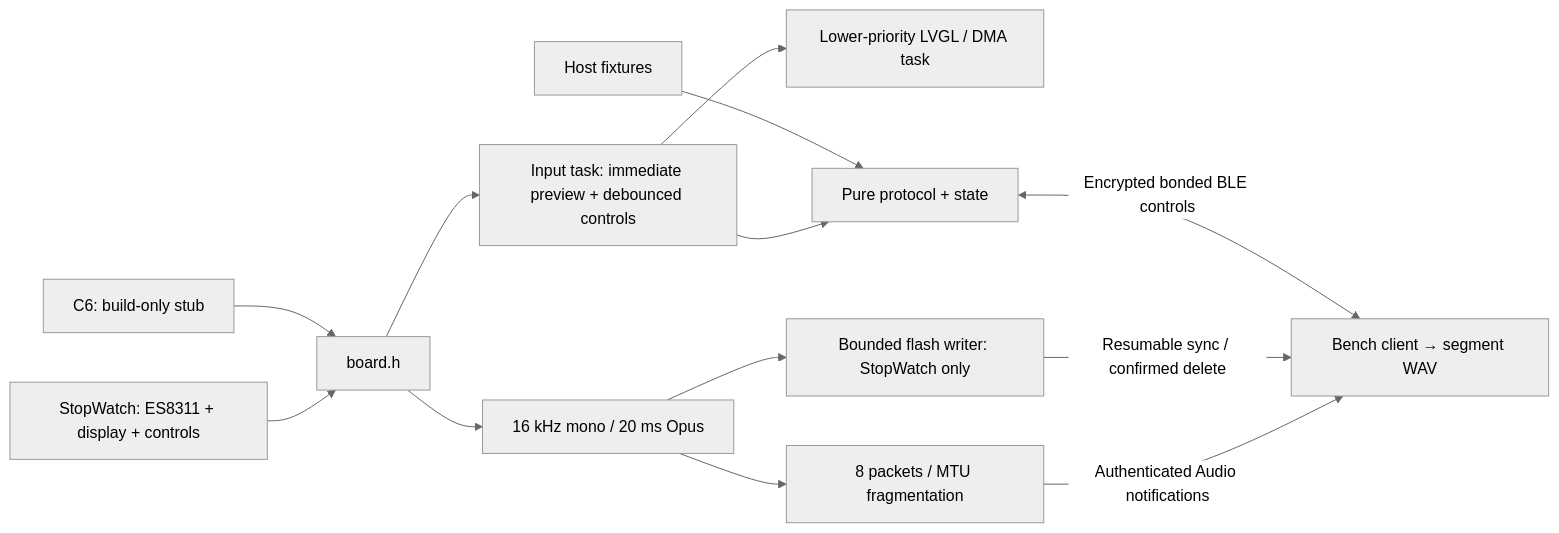
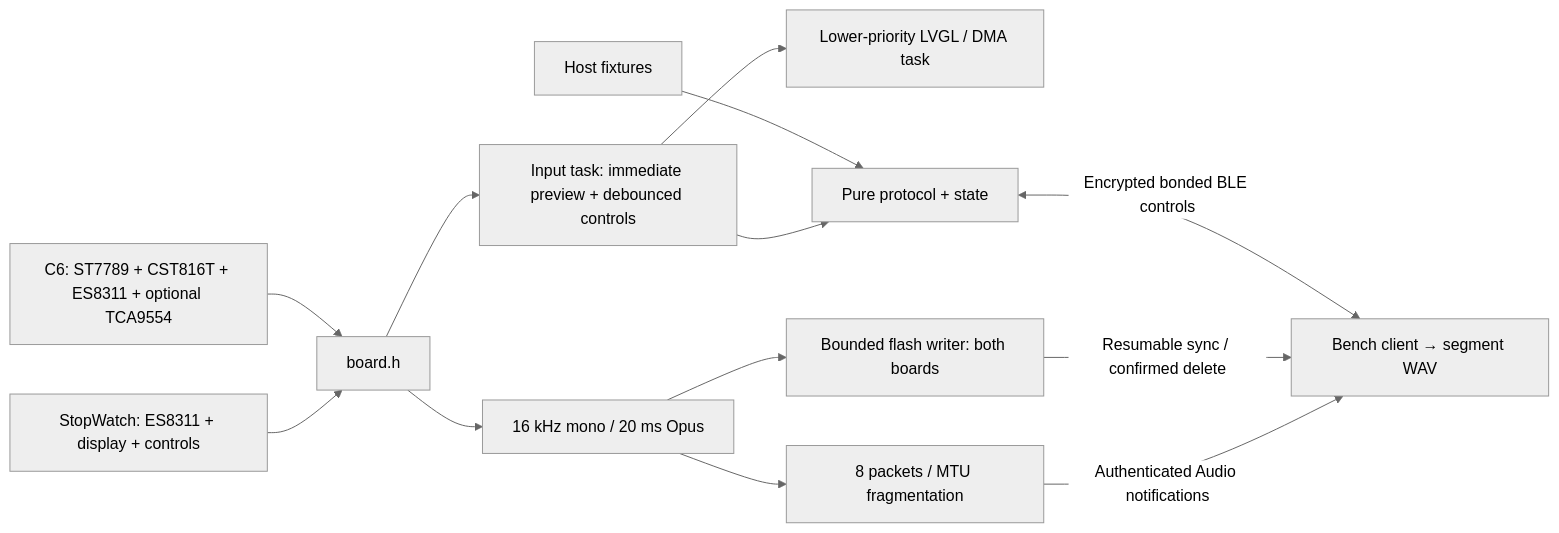
One commit to Harwasch/voiceremote changed the diagram in FW/README.md. Above: the diagram before and after it, drawn with Mermaid (neutral theme). The commit also changed other lines of this file and 40 other files, not shown here.

````diff
--- a/FW/README.md
+++ b/FW/README.md
@@ -3,15 +3,15 @@
 ```mermaid
 flowchart LR
     M5[StopWatch: ES8311 + display + controls] --> Board[board.h]
-    C6[C6: build-only stub] --> Board
+    C6[C6: ST7789 + CST816T + ES8311 + optional TCA9554] --> Board
     Board --> UI[Input task: immediate preview + debounced controls]
     UI --> Render[Lower-priority LVGL / DMA task]
     UI --> State[Pure protocol + state]
     Board --> Encoder[16 kHz mono / 20 ms Opus]
     Encoder --> Queue[8 packets / MTU fragmentation]
     Queue -->|Authenticated Audio notifications| Phone[Bench client → segment WAV]
-    Encoder --> Local[Bounded flash writer: StopWatch only]
+    Encoder --> Local[Bounded flash writer: both boards]
     Local -->|Resumable sync / confirmed delete| Phone
     State <-->|Encrypted bonded BLE controls| Phone
     Tests[Host fixtures] --> State
 ```
````
